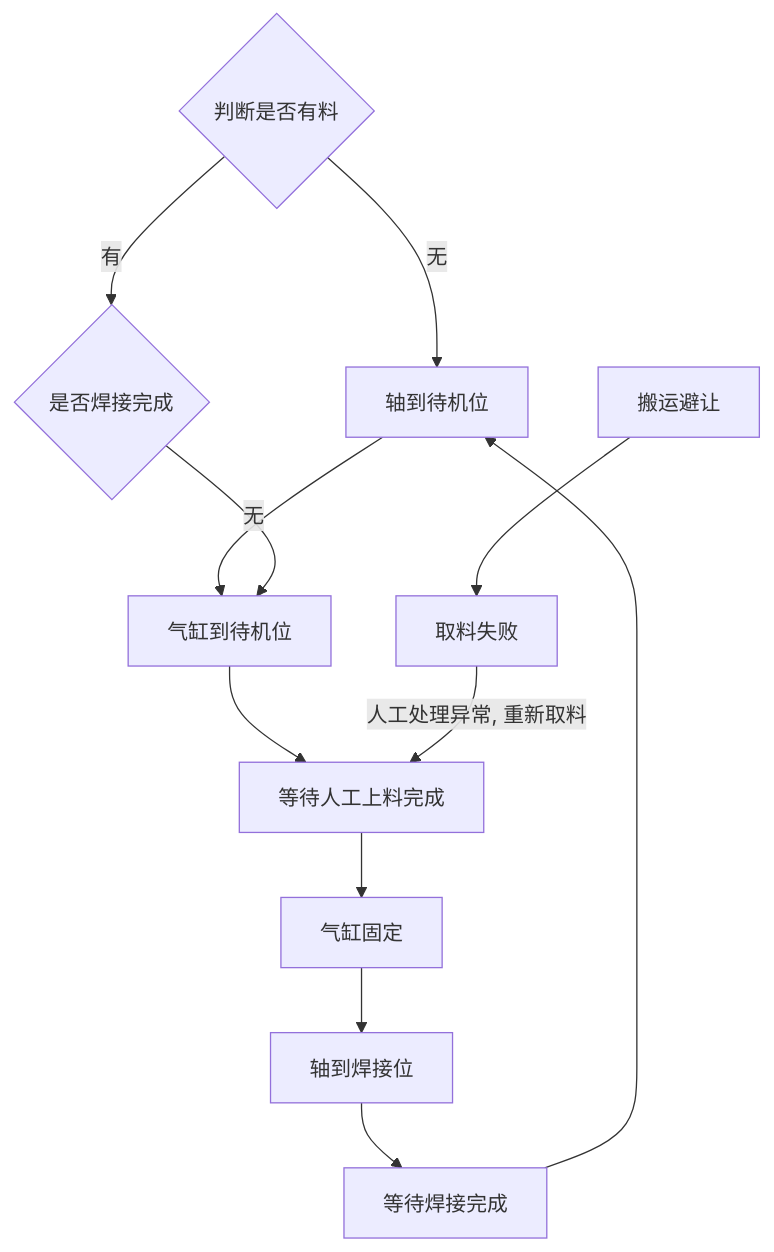
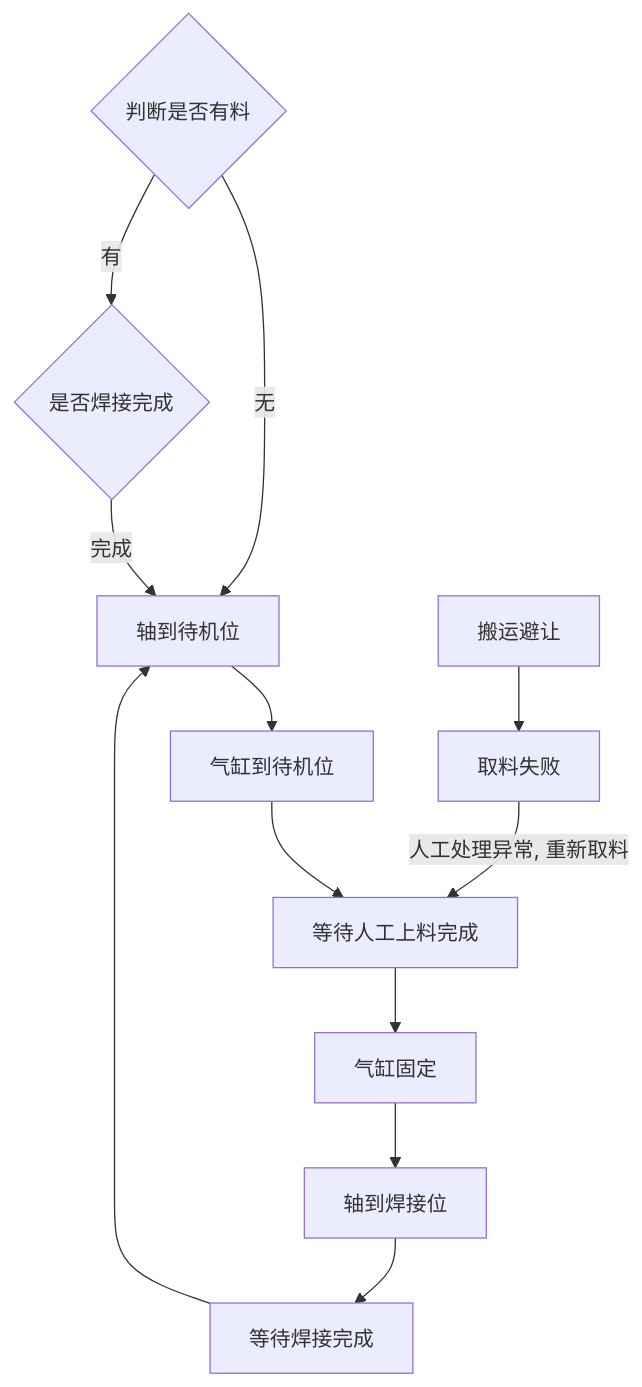
One commit to PengKun1/iodraw-files changed the diagram in all/OP10 上料工位自动流程.md. Above: the diagram before and after it, drawn with Mermaid.

Commit message:
2024-08-02 11:01:21 update

````diff
--- a/all/OP10 上料工位自动流程.md
+++ b/all/OP10 上料工位自动流程.md
@@ -1,19 +1,19 @@
 ```mermaid
 graph TD
 10{判断是否有料}-->|无|20
 10-->|有|100
 20[轴到待机位]-->30
 30[气缸到待机位]-->40
 40[等待人工上料完成]-->50
 50[气缸固定]-->60
 60[轴到焊接位]-->70
 70[等待焊接完成]-->20
 
-100{是否焊接完成}-->|无|30
+100{是否焊接完成}-->|完成|20
 
 
 
 90[搬运避让]-->900
 
 900[取料失败]-->|人工处理异常, 重新取料|40
 ```
````
